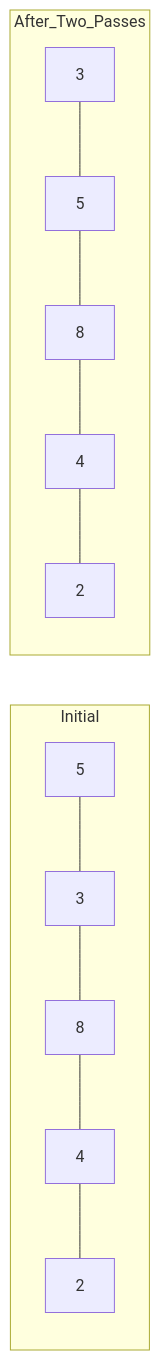
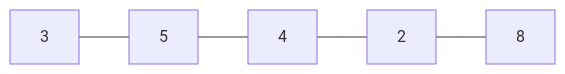
The second of 7 diagrams in 1 - Data Structures and Algorithms/30 - Sorting.md (Cyberistic/Kuwait-University-Computer-Engineering-Masters-Prep-2025), drawn with Mermaid before and after one commit. The commit also changed other lines of this file and 1 other file, not shown here.

````diff
--- a/1 - Data Structures and Algorithms/30 - Sorting.md
+++ b/1 - Data Structures and Algorithms/30 - Sorting.md
@@ -49,9 +46,4 @@
 ```mermaid
 graph LR
-    subgraph Initial
-        A1[5] --- B1[3] --- C1[8] --- D1[4] --- E1[2]
-    end
-    subgraph After_Two_Passes
-        A2[3] --- B2[5] --- C2[8] --- D2[4] --- E2[2]
-    end
+    A2[3] --- B2[5] --- C2[4] --- D2[2] --- E2[8]
 ```
````
